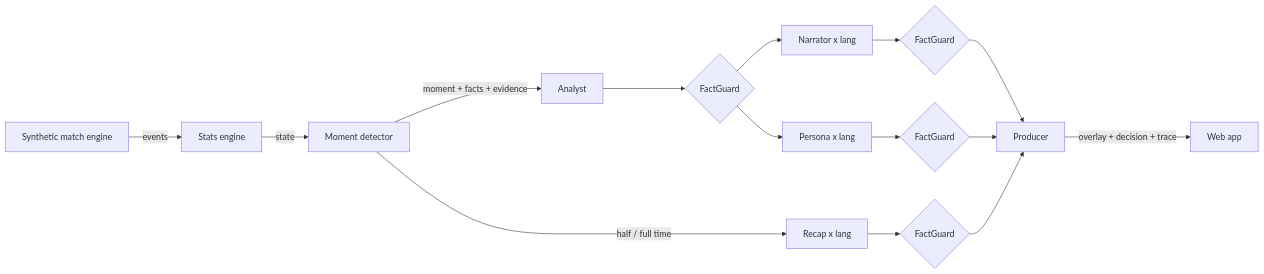
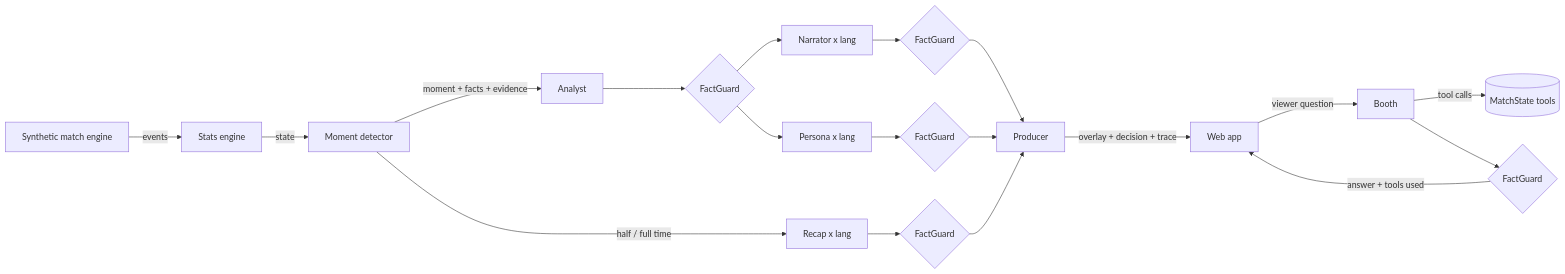
Before and after one commit to BeratMertCibikci/matchday-control-room: the diagram in README.md, drawn with Mermaid. The commit also changed other lines of this file and 29 other files, not shown here.

````diff
--- a/README.md
+++ b/README.md
@@ -21,15 +21,18 @@
 ```mermaid
 flowchart LR
   SIM[Synthetic match engine] -->|events| STATS[Stats engine]
   STATS -->|state| DET[Moment detector]
   DET -->|moment + facts + evidence| AN[Analyst]
   AN --> G1{FactGuard}
   G1 --> NA[Narrator x lang]
   G1 --> PE[Persona x lang]
   NA --> G2{FactGuard}
   PE --> G3{FactGuard}
   G2 --> PR[Producer]
   G3 --> PR
   DET -->|half / full time| RE[Recap x lang] --> G4{FactGuard} --> PR
   PR -->|overlay + decision + trace| UI[Web app]
+  UI -->|viewer question| BO[Booth]
+  BO -->|tool calls| TOOLS[(MatchState tools)]
+  BO --> G5{FactGuard} -->|answer + tools used| UI
 ```
````
